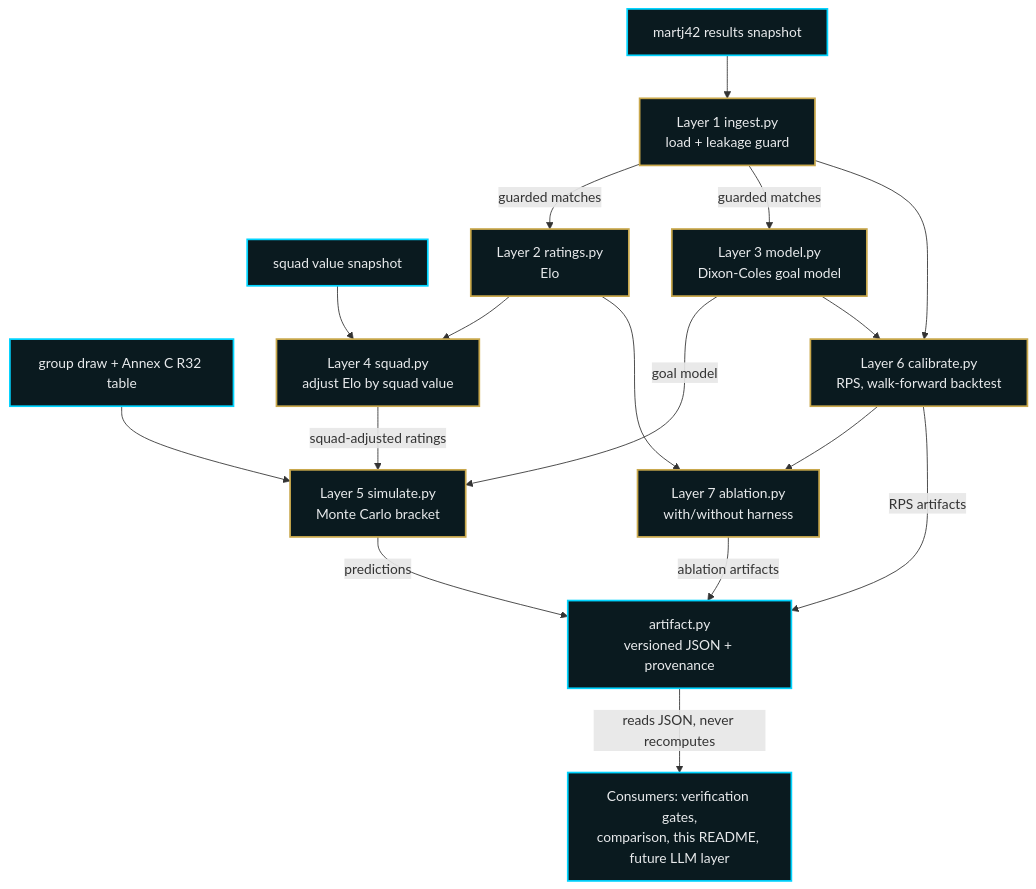
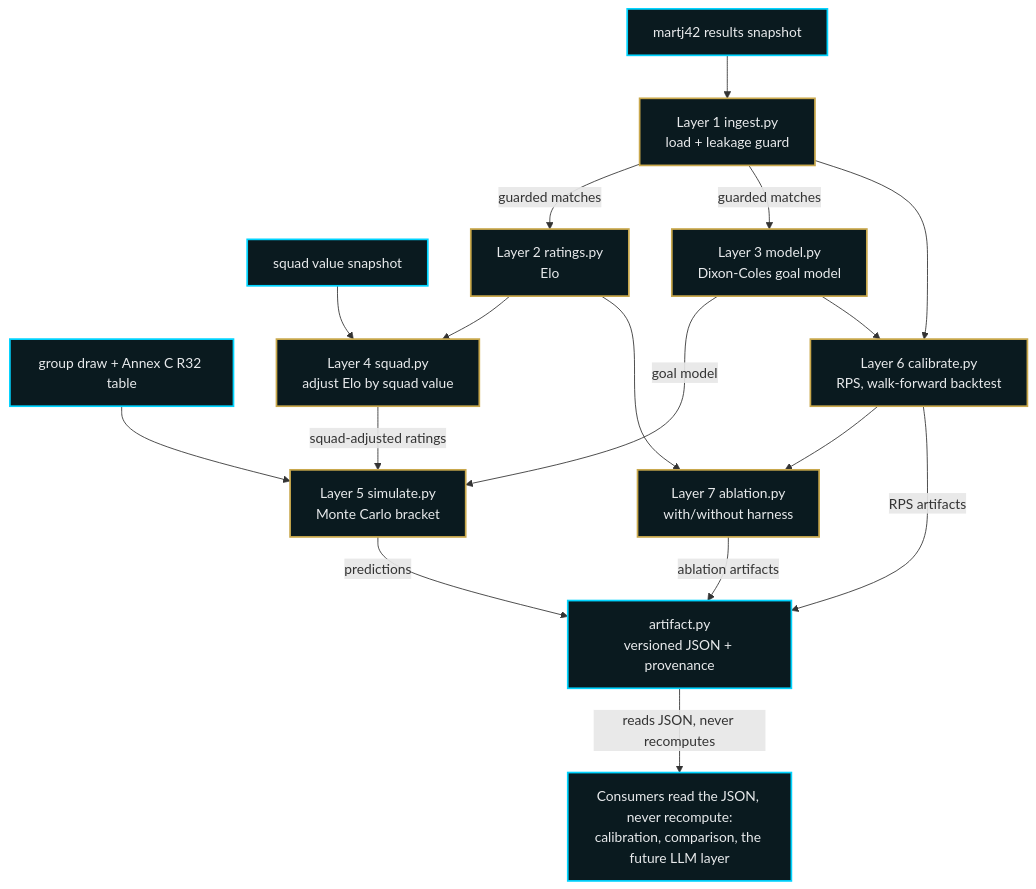
The first of 4 diagrams in README.md (HasanYoussef-AI/architect-worldcup), drawn with Mermaid before and after one commit.

Commit message:
Fix the consumer node label in the pipeline diagram
The final node listed "this README" as a runtime consumer of the pipeline, a
category error, and listed the verification gates as a presentation consumer,
which blurs the line between verification and presentation. Relabel it to state
the real principle, that downstream consumers read the JSON artifact and never
recompute, naming calibration, comparison, and the future LLM layer.
Documentation only, no code or styling change.

````diff
--- a/README.md
+++ b/README.md
@@ -88,37 +88,37 @@
 ```mermaid
 flowchart TD
     D1["martj42 results snapshot"]:::data
     D2["squad value snapshot"]:::data
     D3["group draw + Annex C R32 table"]:::data
 
     L1["Layer 1 ingest.py<br/>load + leakage guard"]:::layer
     L2["Layer 2 ratings.py<br/>Elo"]:::layer
     L4["Layer 4 squad.py<br/>adjust Elo by squad value"]:::layer
     L3["Layer 3 model.py<br/>Dixon-Coles goal model"]:::layer
     L5["Layer 5 simulate.py<br/>Monte Carlo bracket"]:::layer
     ART["artifact.py<br/>versioned JSON + provenance"]:::out
-    CON["Consumers: verification gates,<br/>comparison, this README, future LLM layer"]:::out
+    CON["Consumers read the JSON, never recompute:<br/>calibration, comparison, the future LLM layer"]:::out
 
     D1 --> L1
     L1 -->|guarded matches| L2 --> L4
     L1 -->|guarded matches| L3
     D2 --> L4
     L4 -->|squad-adjusted ratings| L5
     L3 -->|goal model| L5
     D3 --> L5
     L5 -->|predictions| ART
     ART -->|reads JSON, never recomputes| CON
 
     L6["Layer 6 calibrate.py<br/>RPS, walk-forward backtest"]:::layer
     L7["Layer 7 ablation.py<br/>with/without harness"]:::layer
     L1 --> L6
     L3 --> L6
     L2 --> L7
     L6 --> L7
     L6 -->|RPS artifacts| ART
     L7 -->|ablation artifacts| ART
 
     classDef layer fill:#0A1A1F,stroke:#C9A84C,stroke-width:2px,color:#E8EAEC
     classDef data fill:#0A1A1F,stroke:#00D4FF,stroke-width:2px,color:#E8EAEC
     classDef out fill:#0A1A1F,stroke:#00D4FF,stroke-width:2px,color:#E8EAEC
 ```
````
